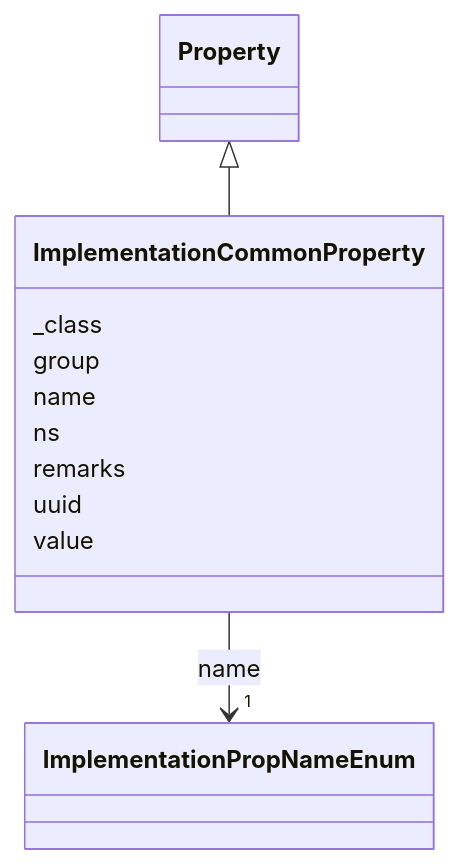
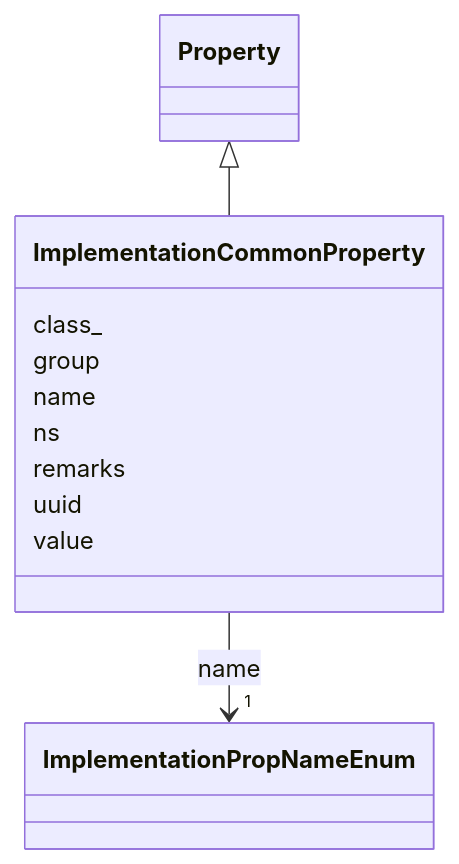
One commit to lmodel/oscal changed the diagram in project/mermaid/ImplementationCommonProperty.md. Above: the diagram before and after it, drawn with Mermaid. The commit also changed 434 other files, not shown here.

Commit message:
fix(schema): stamp the modules for 1.2.3 and regenerate extended outputs

````diff
--- a/project/mermaid/ImplementationCommonProperty.md
+++ b/project/mermaid/ImplementationCommonProperty.md
@@ -4,32 +4,32 @@
 ```mermaid
  classDiagram
     class ImplementationCommonProperty
     click ImplementationCommonProperty href "../ImplementationCommonProperty"
       Property <|-- ImplementationCommonProperty
         click Property href "../Property"
       
-      ImplementationCommonProperty : _class
+      ImplementationCommonProperty : class_
         
       ImplementationCommonProperty : group
         
       ImplementationCommonProperty : name
         
           
     
         
         
         ImplementationCommonProperty --> "1" ImplementationPropNameEnum : name
         click ImplementationPropNameEnum href "../ImplementationPropNameEnum"
     
 
         
       ImplementationCommonProperty : ns
         
       ImplementationCommonProperty : remarks
         
       ImplementationCommonProperty : uuid
         
       ImplementationCommonProperty : value
         
       
 ```
````
